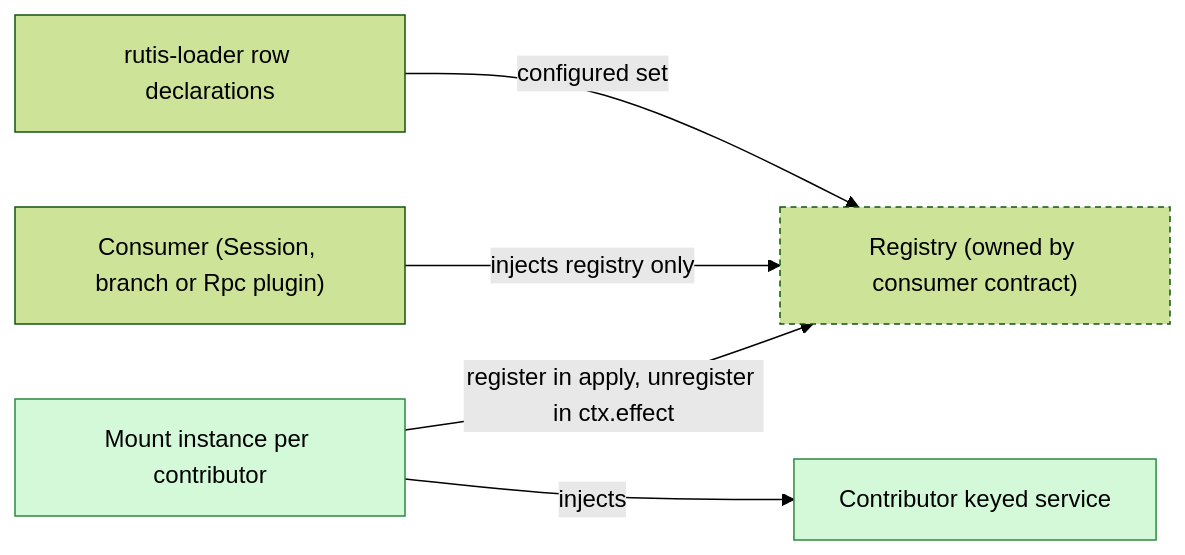
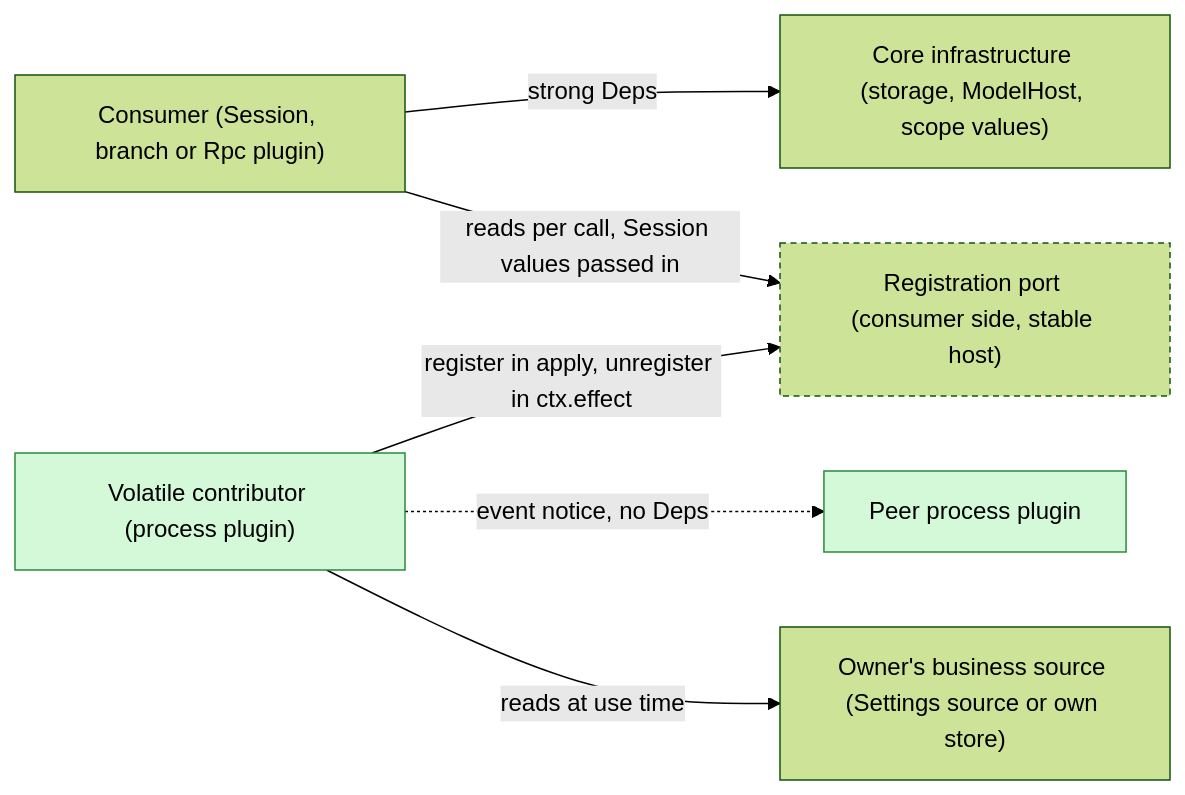
The second of 9 diagrams in docs/design/overview.md (CoutinhoTTS/dim-agent), drawn with Mermaid (forest theme) before and after one commit. The commit also changed other lines of this file, not shown here.

Commit message:
docs(design): apply ADR 002 to the overall design

````diff
--- a/docs/design/overview.md
+++ b/docs/design/overview.md
@@ -80,16 +84,18 @@
 ```mermaid
 flowchart LR
   classDef new fill:#d3f9d8,stroke:#2b8a3e,color:#000
   classDef contract stroke-dasharray:4 3
 
-  loader["rutis-loader row declarations"]
-  reg["Registry (owned by consumer contract)"]:::contract
+  core["Core infrastructure (storage, ModelHost, scope values)"]
+  port["Registration port (consumer side, stable host)"]:::contract
   consumer["Consumer (Session, branch or Rpc plugin)"]
-  svc["Contributor keyed service"]:::new
-  mount["Mount instance per contributor"]:::new
+  contrib["Volatile contributor (process plugin)"]:::new
+  peer["Peer process plugin"]:::new
+  src["Owner's business source (Settings source or own store)"]
 
-  loader -->|"configured set"| reg
-  consumer -->|"injects registry only"| reg
-  mount -->|"injects"| svc
-  mount -->|"register in apply, unregister in ctx.effect"| reg
+  consumer -->|"strong Deps"| core
+  consumer -->|"reads per call, Session values passed in"| port
+  contrib -->|"register in apply, unregister in ctx.effect"| port
+  contrib -.->|"event notice, no Deps"| peer
+  contrib -->|"reads at use time"| src
 ```
````
